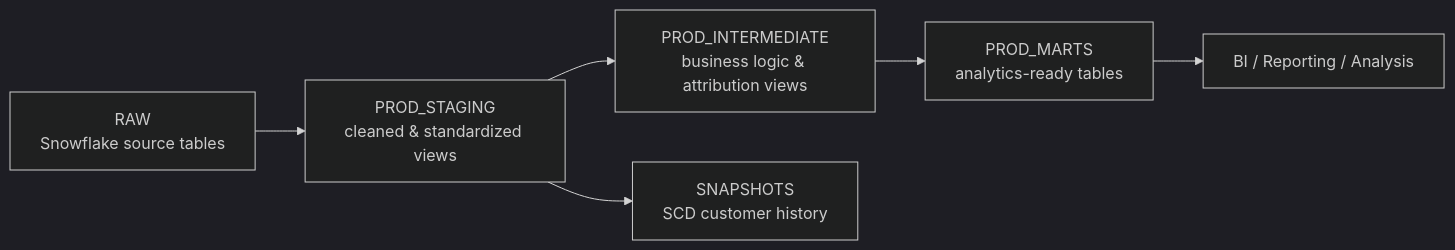
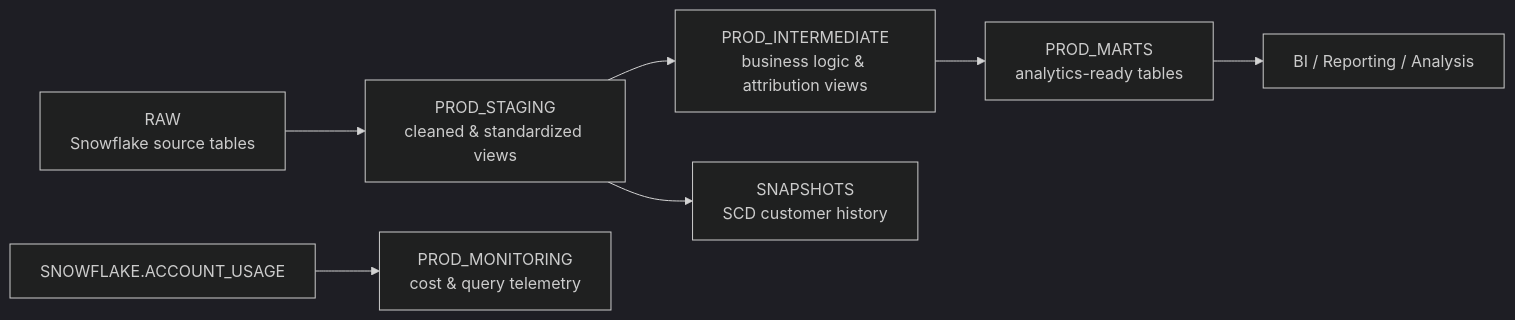
The diagram in README.md (Rahaf89/dbt_snowflake), drawn with Mermaid (dark theme) before and after one commit. The commit also changed other lines of this file, not shown here.

Commit message:
Document Snowflake cost monitoring

````diff
--- a/README.md
+++ b/README.md
@@ -55,8 +57,9 @@
 ```mermaid
 flowchart LR
     A[RAW<br/>Snowflake source tables] --> B[PROD_STAGING<br/>cleaned & standardized views]
     B --> C[PROD_INTERMEDIATE<br/>business logic & attribution views]
     C --> D[PROD_MARTS<br/>analytics-ready tables]
     B --> E[SNAPSHOTS<br/>SCD customer history]
+    G[SNOWFLAKE.ACCOUNT_USAGE] --> H[PROD_MONITORING<br/>cost & query telemetry]
     D --> F[BI / Reporting / Analysis]
 ```
````
